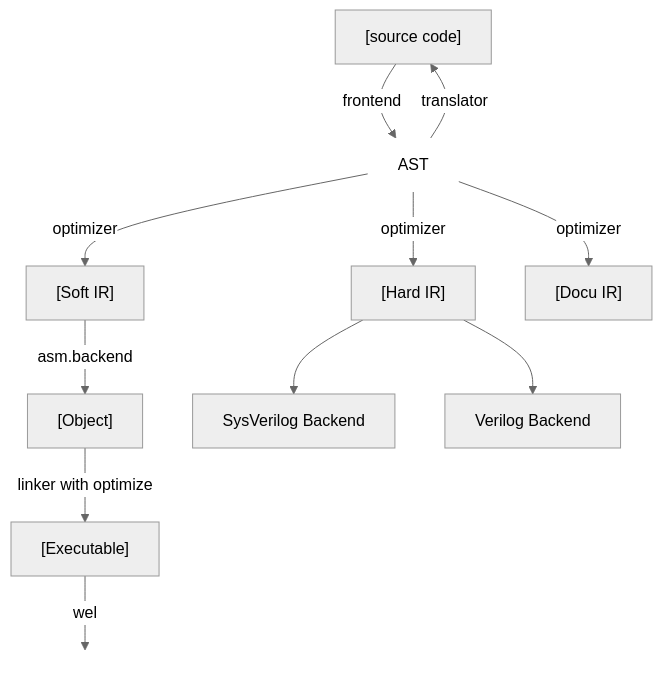
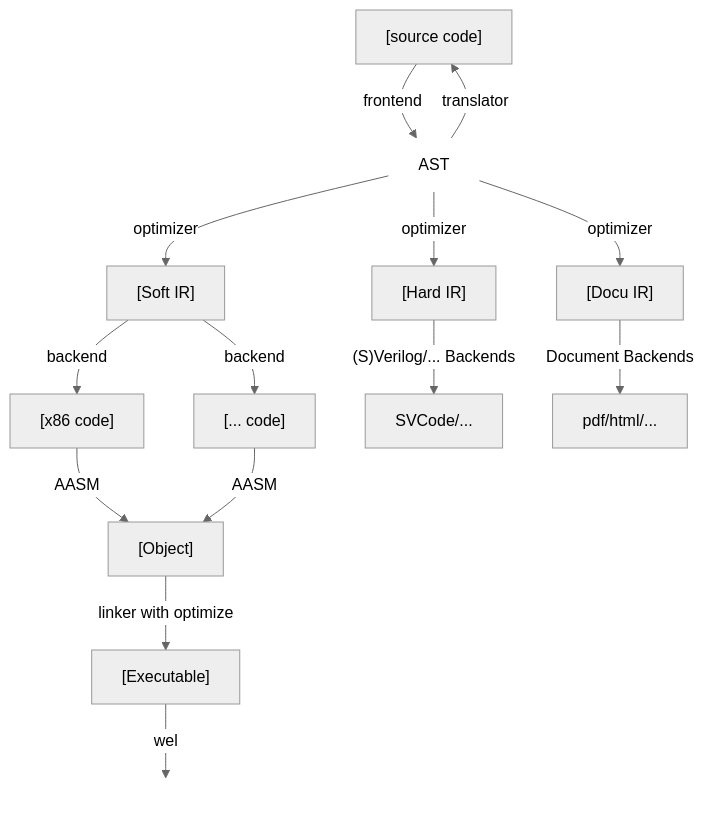
The diagram in magic/magice.md (ArinaMgk/unisym), drawn with Mermaid (neutral theme) before and after one commit. The commit also changed other lines of this file and 5 other files, not shown here.

````diff
--- a/magic/magice.md
+++ b/magic/magice.md
@@ -3,24 +5,29 @@
 ```mermaid
 flowchart TB
     SRC["[source code]"]
     IRs["[Soft IR]"]
     IRh["[Hard IR]"]
     IRd["[Docu IR]"]
+	ASMx86["[x86 code]"]
+	ACMOTH["[... code]"]
     OBJ["[Object]"]
     EXE["[Executable]"]
 
     SRC -->|frontend| H1["AST"]
     H1 -->|optimizer| IRs
     H1 -->|optimizer| IRh
     H1 -->|optimizer| IRd
     H1 -->|translator| SRC
-    IRs -->|asm.backend| OBJ
+    IRs -->|backend| ASMx86
+    IRs -->|backend| ACMOTH
+	ASMx86 -->|AASM| OBJ
+	ACMOTH -->|AASM| OBJ
     OBJ -->|linker with optimize| EXE
     EXE -->|wel| H2[" "]
 
-	IRh --> SysVerilog["SysVerilog Backend"]
-	IRh --> Verilog["Verilog Backend"]
+	IRh --> |"(S)Verilog/... Backends"| H3["SVCode/..."]
+	IRd --> |"Document Backends"| H4["pdf/html/..."]
 
     style H1 fill:none,stroke:none,color:none
     style H2 fill:none,stroke:none,color:none
 ```
````
